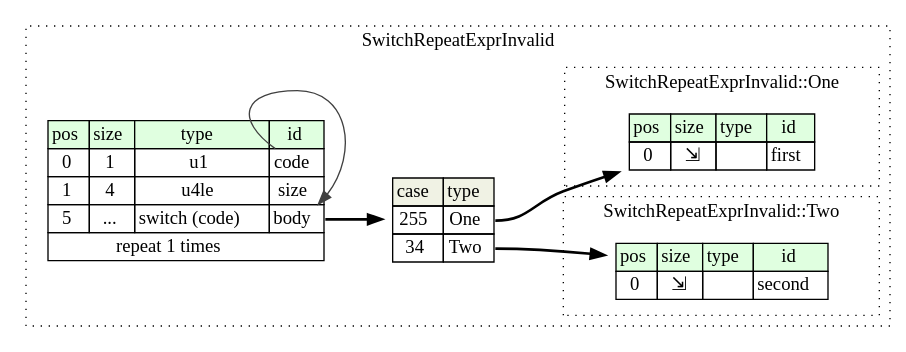
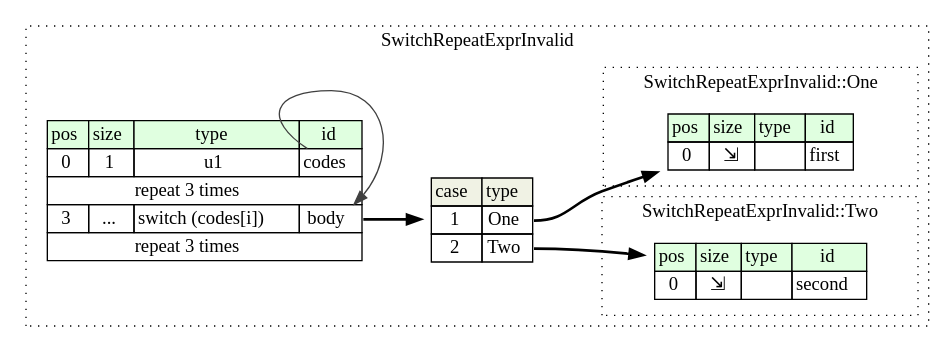
One commit to kaitai-io/ci_targets changed the diagram in compiled/graphviz/switch_repeat_expr_invalid.dot. Above: the diagram before and after it, drawn with Graphviz. The commit also changed 146 other files, not shown here.

```diff
--- a/compiled/graphviz/switch_repeat_expr_invalid.dot
+++ b/compiled/graphviz/switch_repeat_expr_invalid.dot
@@ -1,43 +1,43 @@
 digraph {
 	rankdir=LR;
 	node [shape=plaintext];
 	subgraph cluster__switch_repeat_expr_invalid {
 		label="SwitchRepeatExprInvalid";
 		graph[style=dotted];
 
 		switch_repeat_expr_invalid__seq [label=<<TABLE BORDER="0" CELLBORDER="1" CELLSPACING="0">
 			<TR><TD BGCOLOR="#E0FFE0">pos</TD><TD BGCOLOR="#E0FFE0">size</TD><TD BGCOLOR="#E0FFE0">type</TD><TD BGCOLOR="#E0FFE0">id</TD></TR>
-			<TR><TD PORT="code_pos">0</TD><TD PORT="code_size">1</TD><TD>u1</TD><TD PORT="code_type">code</TD></TR>
-			<TR><TD PORT="size_pos">1</TD><TD PORT="size_size">4</TD><TD>u4le</TD><TD PORT="size_type">size</TD></TR>
-			<TR><TD PORT="body_pos">5</TD><TD PORT="body_size">...</TD><TD>switch (code)</TD><TD PORT="body_type">body</TD></TR>
-			<TR><TD COLSPAN="4" PORT="body__repeat">repeat 1 times</TD></TR>
+			<TR><TD PORT="codes_pos">0</TD><TD PORT="codes_size">1</TD><TD>u1</TD><TD PORT="codes_type">codes</TD></TR>
+			<TR><TD COLSPAN="4" PORT="codes__repeat">repeat 3 times</TD></TR>
+			<TR><TD PORT="body_pos">3</TD><TD PORT="body_size">...</TD><TD>switch (codes[i])</TD><TD PORT="body_type">body</TD></TR>
+			<TR><TD COLSPAN="4" PORT="body__repeat">repeat 3 times</TD></TR>
 		</TABLE>>];
 switch_repeat_expr_invalid__seq_body_switch [label=<<TABLE BORDER="0" CELLBORDER="1" CELLSPACING="0">
 	<TR><TD BGCOLOR="#F0F2E4">case</TD><TD BGCOLOR="#F0F2E4">type</TD></TR>
-	<TR><TD>255</TD><TD PORT="case0">One</TD></TR>
-	<TR><TD>34</TD><TD PORT="case1">Two</TD></TR>
+	<TR><TD>1</TD><TD PORT="case0">One</TD></TR>
+	<TR><TD>2</TD><TD PORT="case1">Two</TD></TR>
 </TABLE>>];
 		subgraph cluster__one {
 			label="SwitchRepeatExprInvalid::One";
 			graph[style=dotted];
 
 			one__seq [label=<<TABLE BORDER="0" CELLBORDER="1" CELLSPACING="0">
 				<TR><TD BGCOLOR="#E0FFE0">pos</TD><TD BGCOLOR="#E0FFE0">size</TD><TD BGCOLOR="#E0FFE0">type</TD><TD BGCOLOR="#E0FFE0">id</TD></TR>
 				<TR><TD PORT="first_pos">0</TD><TD PORT="first_size">⇲</TD><TD></TD><TD PORT="first_type">first</TD></TR>
 			</TABLE>>];
 		}
 		subgraph cluster__two {
 			label="SwitchRepeatExprInvalid::Two";
 			graph[style=dotted];
 
 			two__seq [label=<<TABLE BORDER="0" CELLBORDER="1" CELLSPACING="0">
 				<TR><TD BGCOLOR="#E0FFE0">pos</TD><TD BGCOLOR="#E0FFE0">size</TD><TD BGCOLOR="#E0FFE0">type</TD><TD BGCOLOR="#E0FFE0">id</TD></TR>
 				<TR><TD PORT="second_pos">0</TD><TD PORT="second_size">⇲</TD><TD></TD><TD PORT="second_type">second</TD></TR>
 			</TABLE>>];
 		}
 	}
 	switch_repeat_expr_invalid__seq:body_type -> switch_repeat_expr_invalid__seq_body_switch [style=bold];
 	switch_repeat_expr_invalid__seq_body_switch:case0 -> one__seq [style=bold];
 	switch_repeat_expr_invalid__seq_body_switch:case1 -> two__seq [style=bold];
-	switch_repeat_expr_invalid__seq:code_type -> switch_repeat_expr_invalid__seq:body_type [color="#404040"];
+	switch_repeat_expr_invalid__seq:codes_type -> switch_repeat_expr_invalid__seq:body_type [color="#404040"];
 }
```
